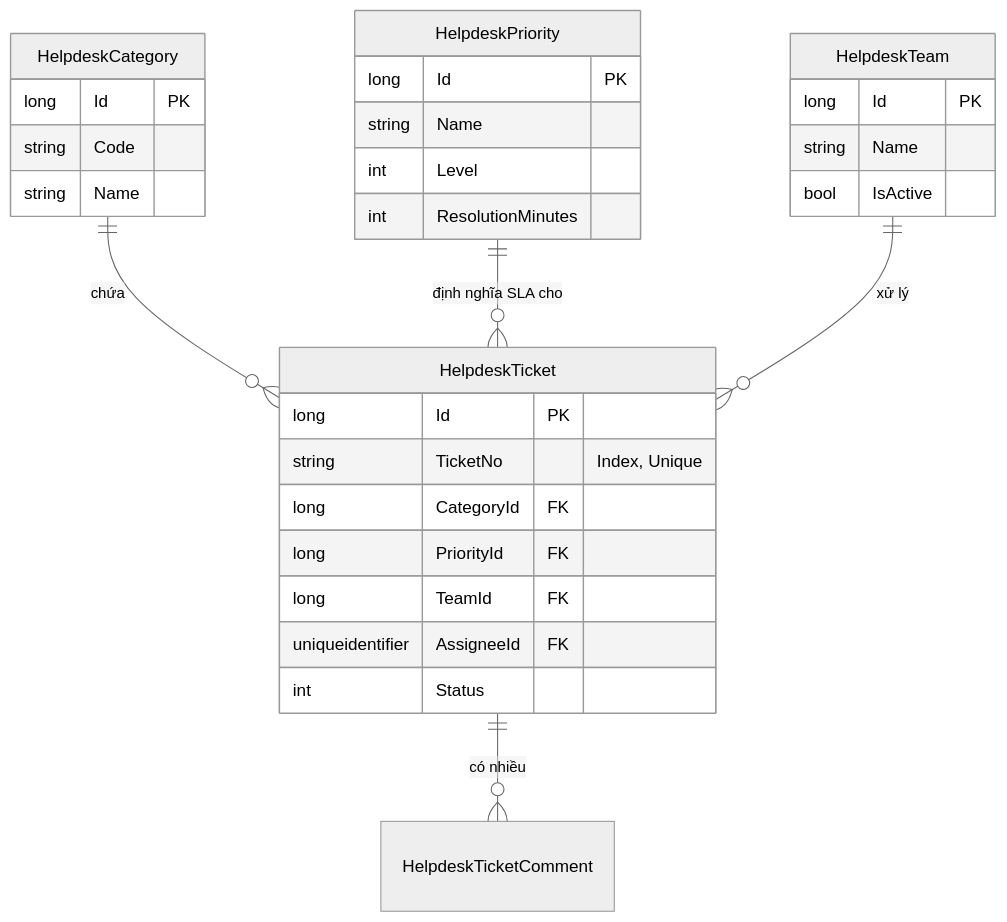
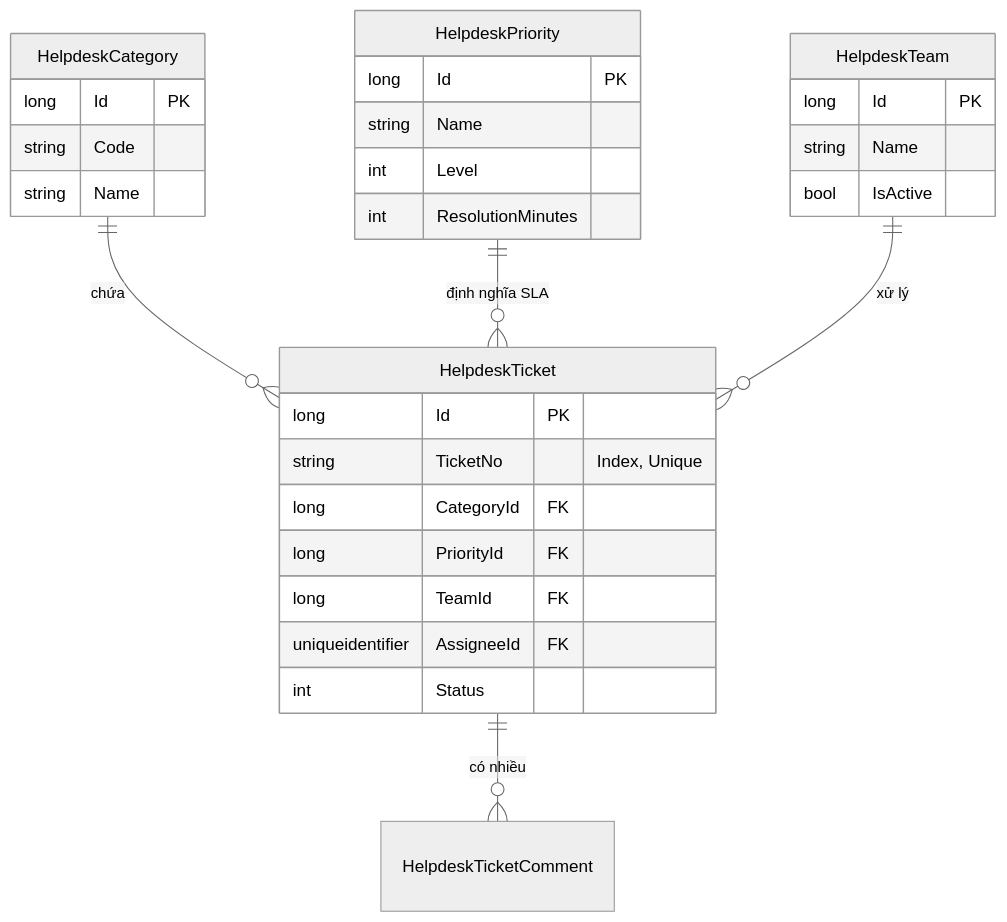
One commit to thizkieu/it-helpdesk changed the fifth of 5 diagrams in document/Design_Diagrams.md. Above: the diagram before and after it, drawn with Mermaid (neutral theme). The commit also changed other lines of this file, not shown here.

Commit message:
docs: optimize diagrams layout

````diff
--- a/document/Design_Diagrams.md
+++ b/document/Design_Diagrams.md
@@ -135,36 +135,36 @@
 ```mermaid
 erDiagram
     HelpdeskTicket ||--o{ HelpdeskTicketComment : "có nhiều"
     HelpdeskCategory ||--o{ HelpdeskTicket : "chứa"
-    HelpdeskPriority ||--o{ HelpdeskTicket : "định nghĩa SLA cho"
+    HelpdeskPriority ||--o{ HelpdeskTicket : "định nghĩa SLA"
     HelpdeskTeam ||--o{ HelpdeskTicket : "xử lý"
 
     HelpdeskTicket {
         long Id PK
         string TicketNo "Index, Unique"
         long CategoryId FK
         long PriorityId FK
         long TeamId FK
         uniqueidentifier AssigneeId FK
         int Status
     }
 
     HelpdeskCategory {
         long Id PK
         string Code
         string Name
     }
 
     HelpdeskPriority {
         long Id PK
         string Name
         int Level
         int ResolutionMinutes
     }
 
     HelpdeskTeam {
         long Id PK
         string Name
         bool IsActive
     }
 ```
````
